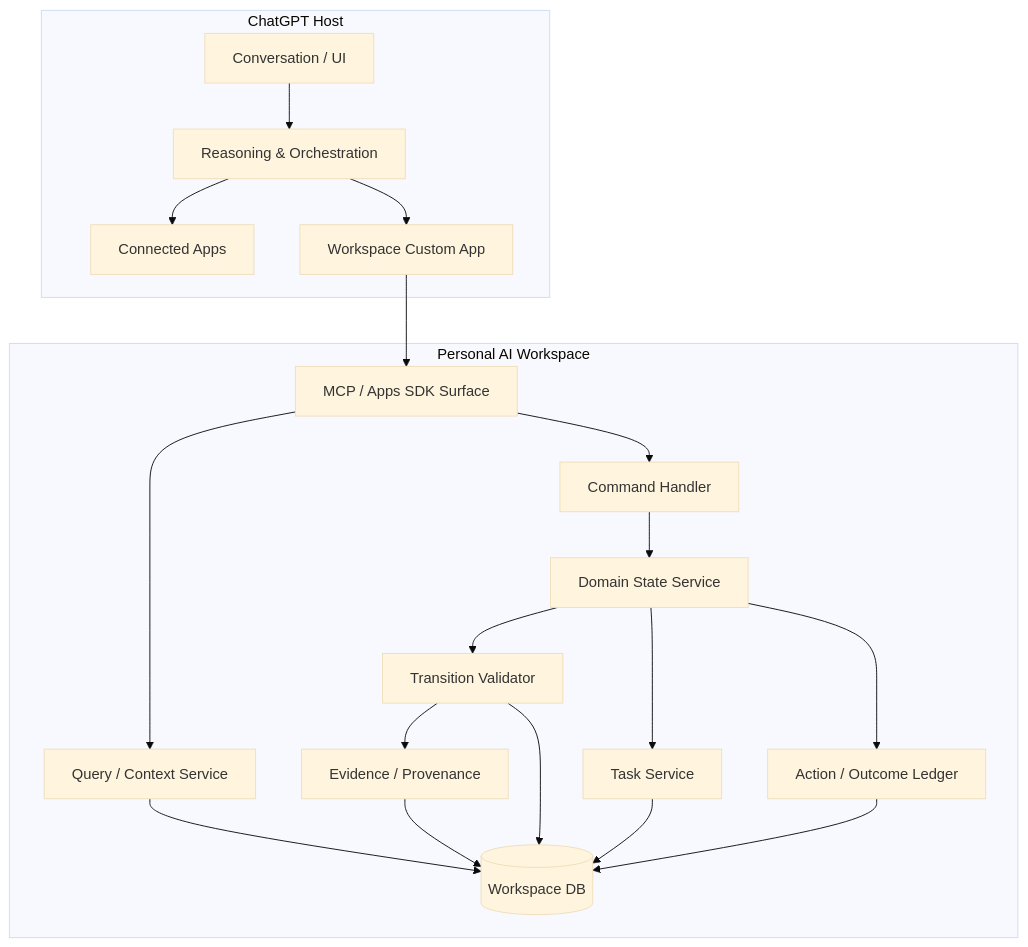
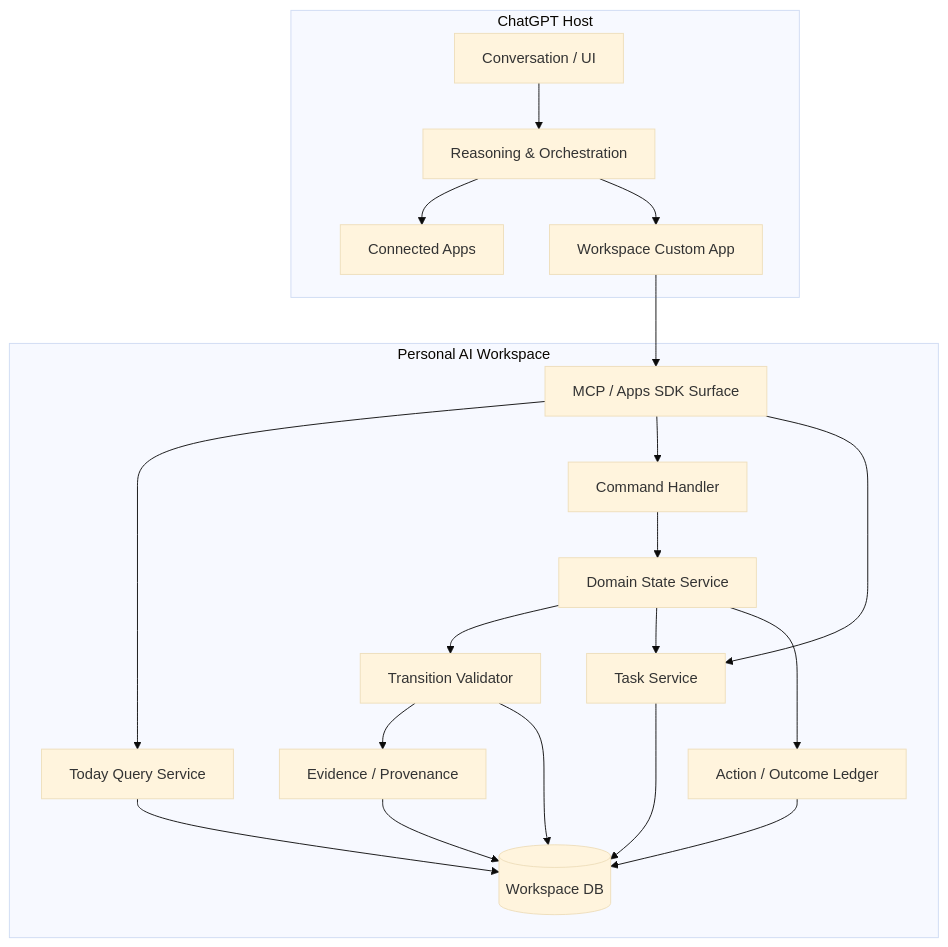
One commit to Andy-JunXiong/Personal-AI-Workspace changed the diagram in docs/architecture/LOGICAL_ARCHITECTURE_v0.1.md. Above: the diagram before and after it, drawn with Mermaid (base theme). The commit also changed other lines of this file and 21 other files, not shown here.

Commit message:
feat: implement task and today slice m2

````diff
--- a/docs/architecture/LOGICAL_ARCHITECTURE_v0.1.md
+++ b/docs/architecture/LOGICAL_ARCHITECTURE_v0.1.md
@@ -3,39 +3,40 @@
 ```mermaid
 flowchart TB
     subgraph HOST["ChatGPT Host"]
         UX[Conversation / UI]
         R[Reasoning & Orchestration]
         SRC[Connected Apps]
         WAPP[Workspace Custom App]
     end
 
     subgraph WS["Personal AI Workspace"]
         MCP[MCP / Apps SDK Surface]
-        QRY[Query / Context Service]
+        QRY[Today Query Service]
         CMD[Command Handler]
         DOM[Domain State Service]
         TRANS[Transition Validator]
         TASK[Task Service]
         PROV[Evidence / Provenance]
         LEDGER[Action / Outcome Ledger]
         DB[(Workspace DB)]
     end
 
     UX --> R
     R --> SRC
     R --> WAPP
     WAPP --> MCP
 
     MCP --> QRY
     MCP --> CMD
+    MCP --> TASK
     QRY --> DB
     CMD --> DOM
     DOM --> TRANS
     DOM --> TASK
     DOM --> LEDGER
     TRANS --> PROV
     TRANS --> DB
     TASK --> DB
     LEDGER --> DB
     PROV --> DB
 ```
````
